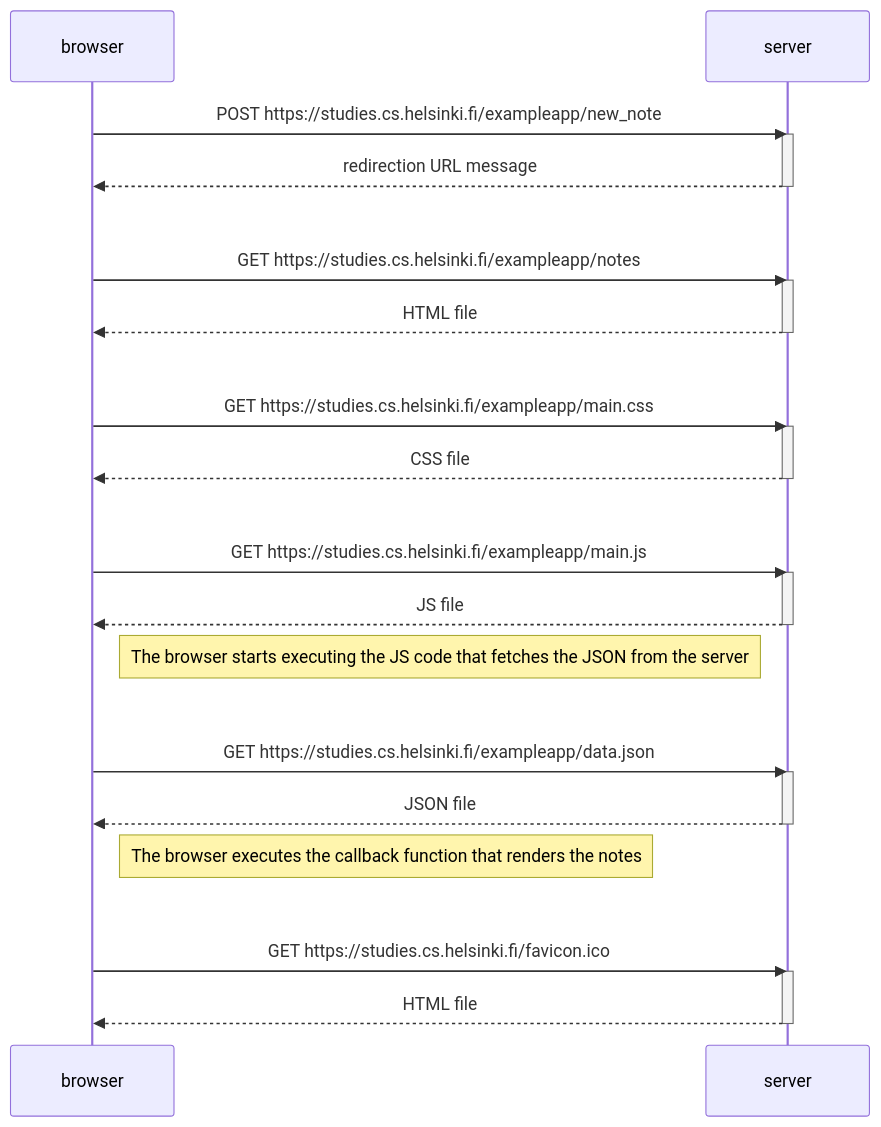
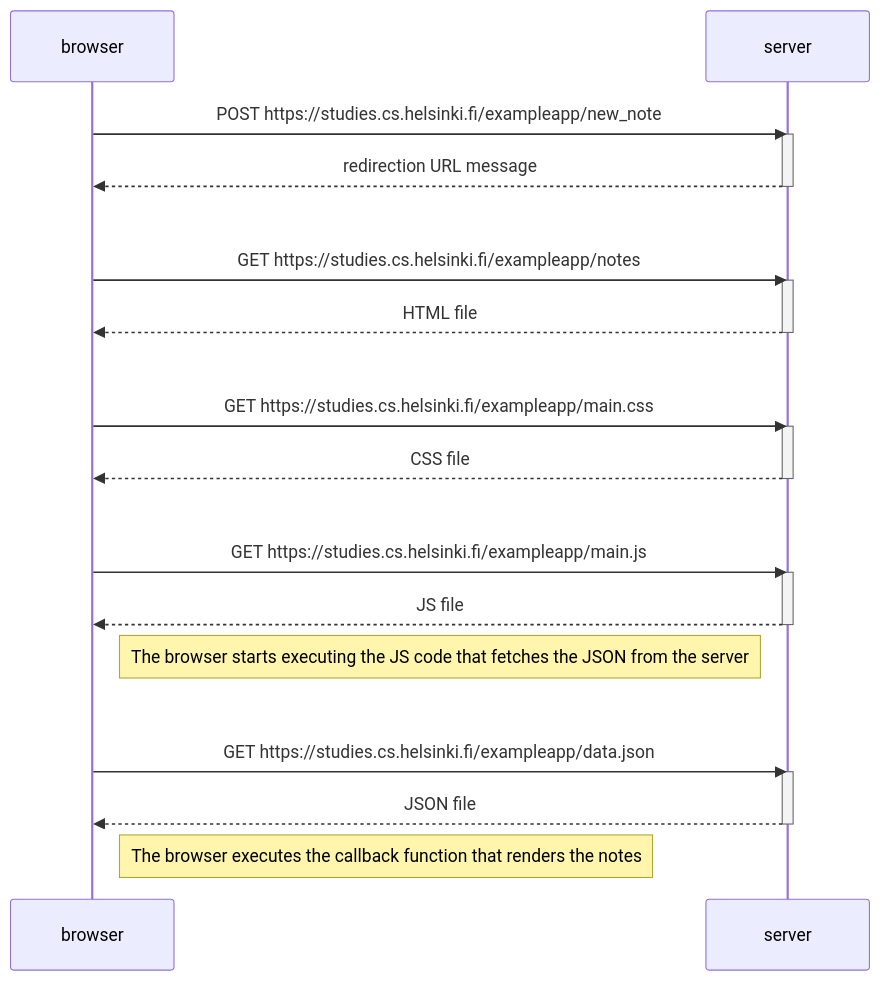
One commit to dulaedu0912/full-stack-open changed the diagram in part0/0.4.md. Above: the diagram before and after it, drawn with Mermaid. The commit also changed 1 other file, not shown here.

````diff
--- a/part0/0.4.md
+++ b/part0/0.4.md
@@ -1,39 +1,34 @@
 ```mermaid
 sequenceDiagram
 participant browser
 participant server
 
 browser ->> server:POST https://studies.cs.helsinki.fi/exampleapp/new_note
 activate server
 server-->> browser: redirection URL message
 deactivate server
 
 browser ->> server:<br/><br/>GET https://studies.cs.helsinki.fi/exampleapp/notes
 activate server
 server-->> browser: HTML file
 deactivate server
 
 
 browser ->> server:<br/><br/>GET https://studies.cs.helsinki.fi/exampleapp/main.css
 activate server
 server-->> browser: CSS file
 deactivate server
 
 browser ->> server:<br/><br/>GET https://studies.cs.helsinki.fi/exampleapp/main.js
 activate server
 server-->> browser: JS file
 deactivate server
 Note right of browser: The browser starts executing the JS code that fetches the JSON from the server
 
 
 browser ->> server:<br/><br/> GET https://studies.cs.helsinki.fi/exampleapp/data.json
 activate server
 server-->> browser: JSON file
 deactivate server
 Note right of browser: The browser executes the callback function that renders the notes
-
-browser ->> server:<br/><br/>GET https://studies.cs.helsinki.fi/favicon.ico
-activate server
-server-->> browser: HTML file
-deactivate server
 ```
````
